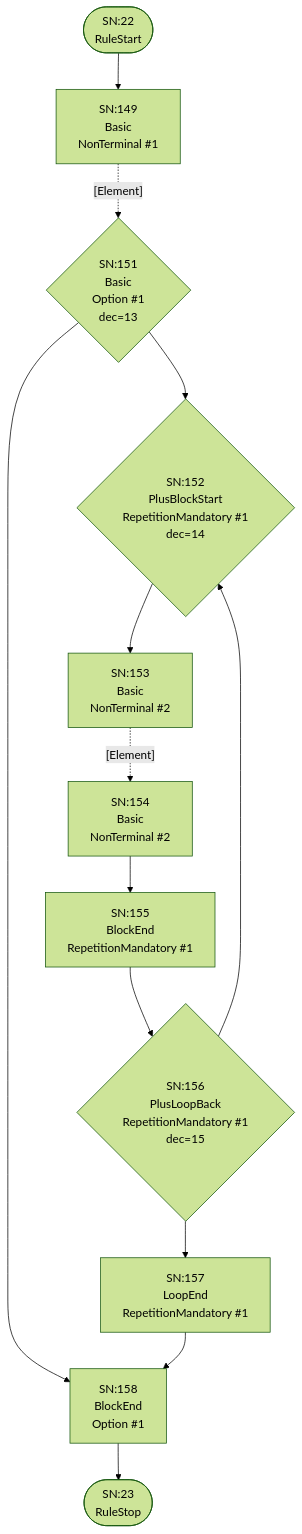
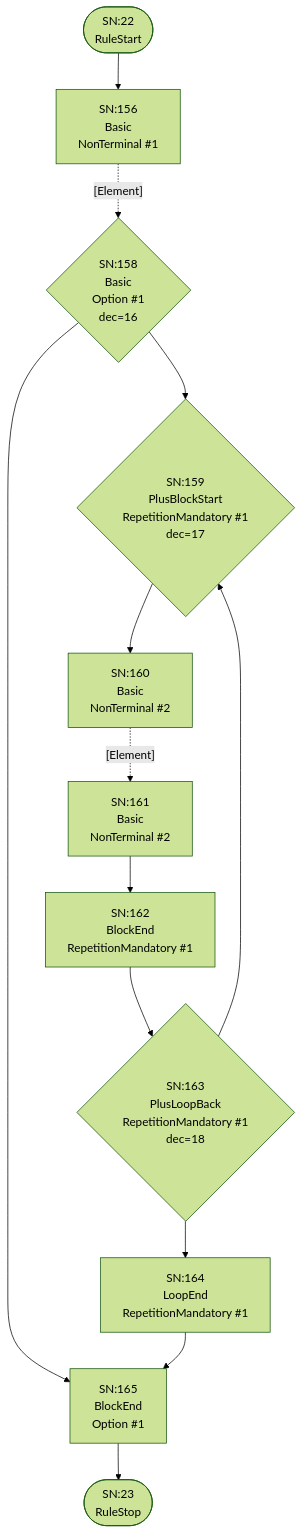
One commit to TypeFox/fastbelt changed diagram 12 of 25 in internal/grammar/atn.md. Above: the diagram before and after it, drawn with Mermaid (forest theme). The commit also changed other lines of this file and 13 other files, not shown here.

````diff
--- a/internal/grammar/atn.md
+++ b/internal/grammar/atn.md
@@ -328,27 +344,27 @@
 ```mermaid
 flowchart TD
     q22(["SN:22<br/>RuleStart"])
     q23(["SN:23<br/>RuleStop"])
-    q149["SN:149<br/>Basic<br/>NonTerminal #1"]
-    q150{"SN:151<br/>Basic<br/>Option #1<br/>dec=13"}
-    q151{"SN:152<br/>PlusBlockStart<br/>RepetitionMandatory #1<br/>dec=14"}
-    q152["SN:153<br/>Basic<br/>NonTerminal #2"]
-    q153["SN:154<br/>Basic<br/>NonTerminal #2"]
-    q154["SN:155<br/>BlockEnd<br/>RepetitionMandatory #1"]
-    q155{"SN:156<br/>PlusLoopBack<br/>RepetitionMandatory #1<br/>dec=15"}
-    q156["SN:157<br/>LoopEnd<br/>RepetitionMandatory #1"]
-    q157["SN:158<br/>BlockEnd<br/>Option #1"]
+    q156["SN:156<br/>Basic<br/>NonTerminal #1"]
+    q157{"SN:158<br/>Basic<br/>Option #1<br/>dec=16"}
+    q158{"SN:159<br/>PlusBlockStart<br/>RepetitionMandatory #1<br/>dec=17"}
+    q159["SN:160<br/>Basic<br/>NonTerminal #2"]
+    q160["SN:161<br/>Basic<br/>NonTerminal #2"]
+    q161["SN:162<br/>BlockEnd<br/>RepetitionMandatory #1"]
+    q162{"SN:163<br/>PlusLoopBack<br/>RepetitionMandatory #1<br/>dec=18"}
+    q163["SN:164<br/>LoopEnd<br/>RepetitionMandatory #1"]
+    q164["SN:165<br/>BlockEnd<br/>Option #1"]
 
-    q22 --> q149
-    q149 -.->|"[Element]"| q150
-    q150 --> q151
-    q150 --> q157
-    q151 --> q152
-    q152 -.->|"[Element]"| q153
-    q153 --> q154
-    q154 --> q155
-    q155 --> q151
-    q155 --> q156
-    q156 --> q157
-    q157 --> q23
+    q22 --> q156
+    q156 -.->|"[Element]"| q157
+    q157 --> q158
+    q157 --> q164
+    q158 --> q159
+    q159 -.->|"[Element]"| q160
+    q160 --> q161
+    q161 --> q162
+    q162 --> q158
+    q162 --> q163
+    q163 --> q164
+    q164 --> q23
 ```
````
